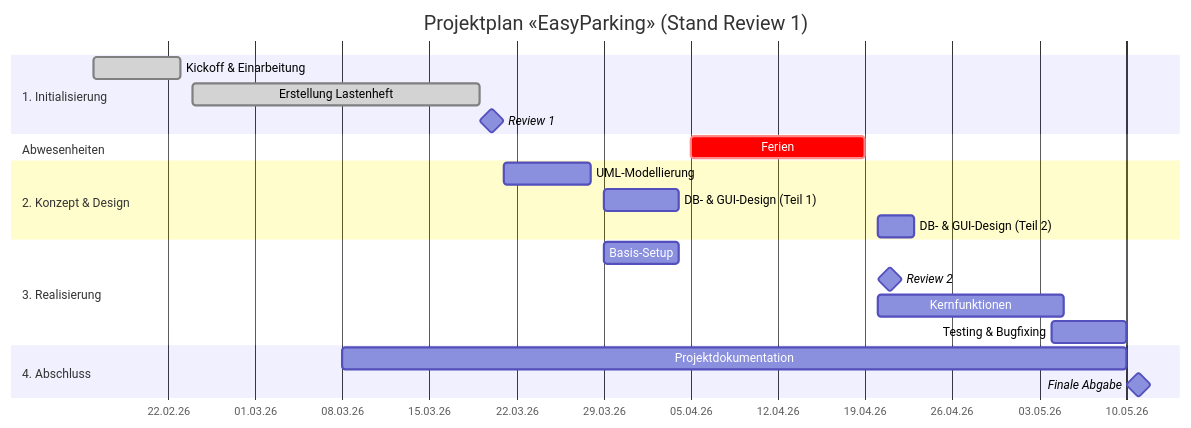
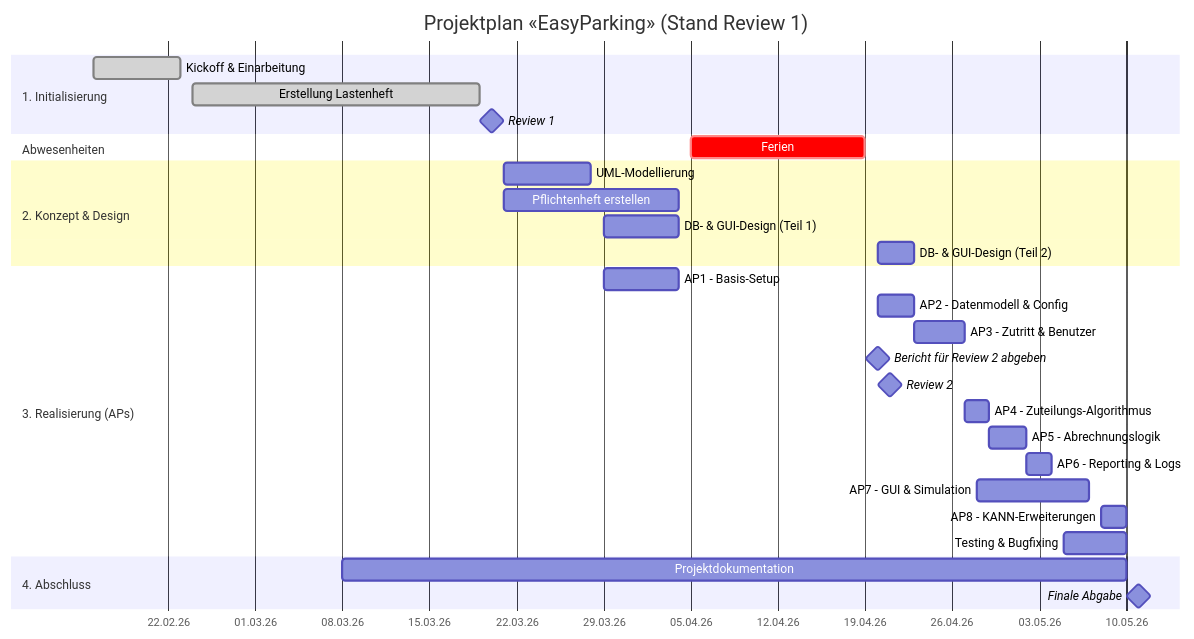
Before and after one commit to FaKiieZ/teko-projekt-software-engineering: the diagram in docs/zeitplan.md, drawn with Mermaid. The commit also changed 3 other files, not shown here.

Commit message:
add draft UML documentations and adjust zeitplan

````diff
--- a/docs/zeitplan.md
+++ b/docs/zeitplan.md
@@ -3,30 +3,38 @@
 ```mermaid
 gantt
     title Projektplan «EasyParking» (Stand Review 1)
     dateFormat  DD.MM.YYYY
     axisFormat  %d.%m.%y
     tickInterval 1w
 
     section 1. Initialisierung
-    Kickoff & Einarbeitung       :done, 16.02.2026, 23.02.2026
-    Erstellung Lastenheft        :done, 24.02.2026, 19.03.2026
-    Review 1                     :milestone, 20.03.2026, 0d
+    Kickoff & Einarbeitung         :done, 16.02.2026, 23.02.2026
+    Erstellung Lastenheft          :done, 24.02.2026, 19.03.2026
+    Review 1                       :milestone, 20.03.2026, 0d
 
     section Abwesenheiten
-    Ferien                       :crit, 05.04.2026, 19.04.2026
+    Ferien                         :crit, 05.04.2026, 19.04.2026
 
     section 2. Konzept & Design
-    UML-Modellierung             :21.03.2026, 28.03.2026
-    DB- & GUI-Design (Teil 1)    :29.03.2026, 04.04.2026
-    DB- & GUI-Design (Teil 2)    :20.04.2026, 23.04.2026
+    UML-Modellierung               :21.03.2026, 28.03.2026
+    Pflichtenheft erstellen        :21.03.2026, 04.04.2026
+    DB- & GUI-Design (Teil 1)      :29.03.2026, 04.04.2026
+    DB- & GUI-Design (Teil 2)      :20.04.2026, 23.04.2026
 
-    section 3. Realisierung
-    Basis-Setup                  :29.03.2026, 04.04.2026
-    Review 2                     :milestone, 21.04.2026, 0d
-    Kernfunktionen               :20.04.2026, 05.05.2026
-    Testing & Bugfixing          :04.05.2026, 10.05.2026
+    section 3. Realisierung (APs)
+    AP1 - Basis-Setup              :29.03.2026, 04.04.2026
+    AP2 - Datenmodell & Config     :20.04.2026, 3d
+    AP3 - Zutritt & Benutzer       :23.04.2026, 4d
+    Bericht für Review 2 abgeben   :milestone, 20.04.2026, 0d
+    Review 2                       :milestone, 21.04.2026, 0d
+    AP4 - Zuteilungs-Algorithmus   :27.04.2026, 2d
+    AP5 - Abrechnungslogik         :29.04.2026, 3d
+    AP6 - Reporting & Logs         :02.05.2026, 2d
+    AP7 - GUI & Simulation         :28.04.2026, 07.05.2026
+    AP8 - KANN-Erweiterungen       :08.05.2026, 2d
+    Testing & Bugfixing            :05.05.2026, 10.05.2026
 
     section 4. Abschluss
-    Projektdokumentation         :08.03.2026, 10.05.2026
-    Finale Abgabe                :milestone, 11.05.2026, 0d
+    Projektdokumentation           :08.03.2026, 10.05.2026
+    Finale Abgabe                  :milestone, 11.05.2026, 0d
 ```
````
